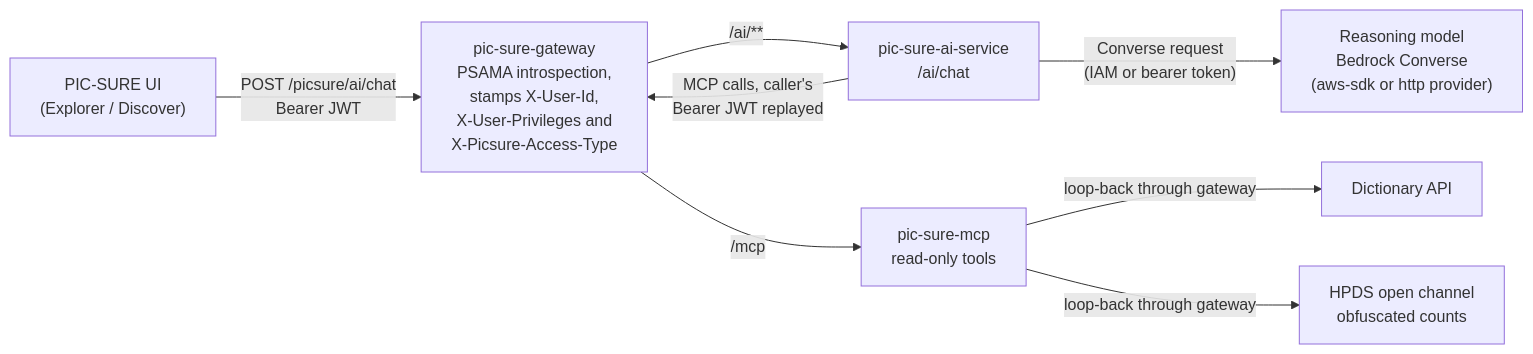
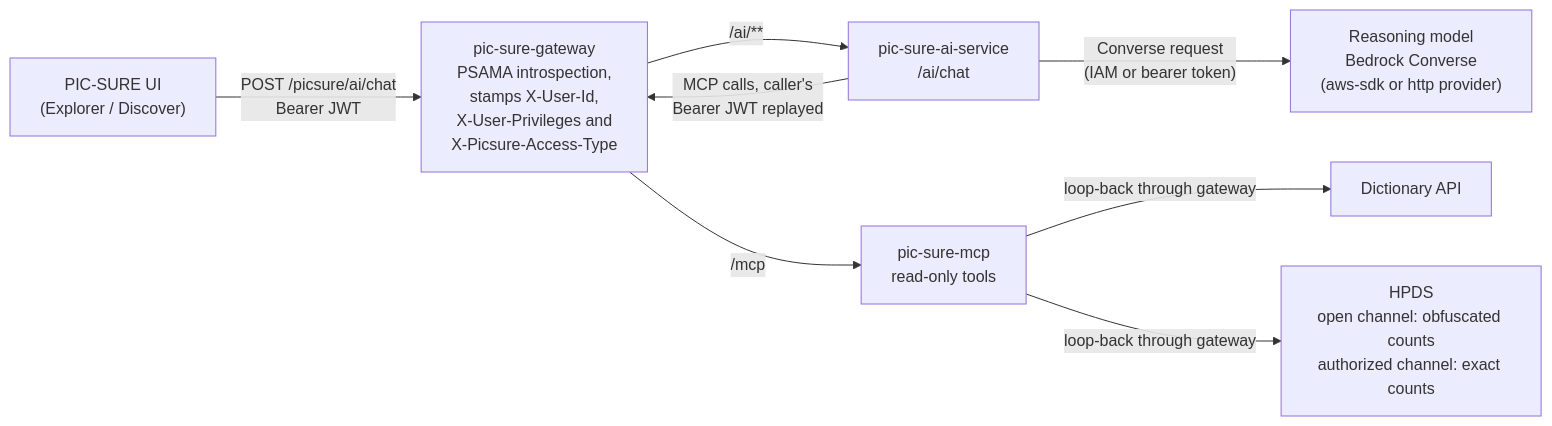
Before and after one commit to hms-dbmi/pic-sure: the first of 6 diagrams in services/pic-sure-ai-service/docs/ARCHITECTURE.md, drawn with Mermaid. The commit also changed other lines of this file and 55 other files, not shown here.

````diff
--- a/services/pic-sure-ai-service/docs/ARCHITECTURE.md
+++ b/services/pic-sure-ai-service/docs/ARCHITECTURE.md
@@ -10,18 +10,18 @@
 ```mermaid
 flowchart LR
     UI["PIC-SURE UI<br/>(Explorer / Discover)"]
     GW["pic-sure-gateway<br/>PSAMA introspection,<br/>stamps X-User-Id,<br/>X-User-Privileges and<br/>X-Picsure-Access-Type"]
     AI["pic-sure-ai-service<br/>/ai/chat"]
     MODEL["Reasoning model<br/>Bedrock Converse<br/>(aws-sdk or http provider)"]
     MCP["pic-sure-mcp<br/>read-only tools"]
     DICT["Dictionary API"]
-    HPDS["HPDS open channel<br/>obfuscated counts"]
+    HPDS["HPDS<br/>open channel: obfuscated counts<br/>authorized channel: exact counts"]
 
     UI -- "POST /picsure/ai/chat<br/>Bearer JWT" --> GW
     GW -- "/ai/**" --> AI
     AI -- "Converse request<br/>(IAM or bearer token)" --> MODEL
     AI -- "MCP calls, caller's<br/>Bearer JWT replayed" --> GW
     GW -- "/mcp" --> MCP
     MCP -- "loop-back through gateway" --> DICT
     MCP -- "loop-back through gateway" --> HPDS
 ```
````
